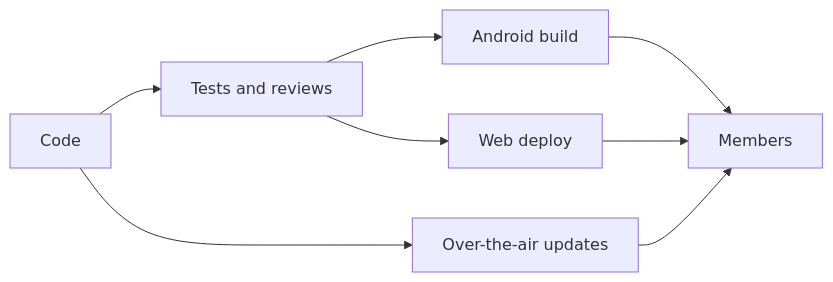
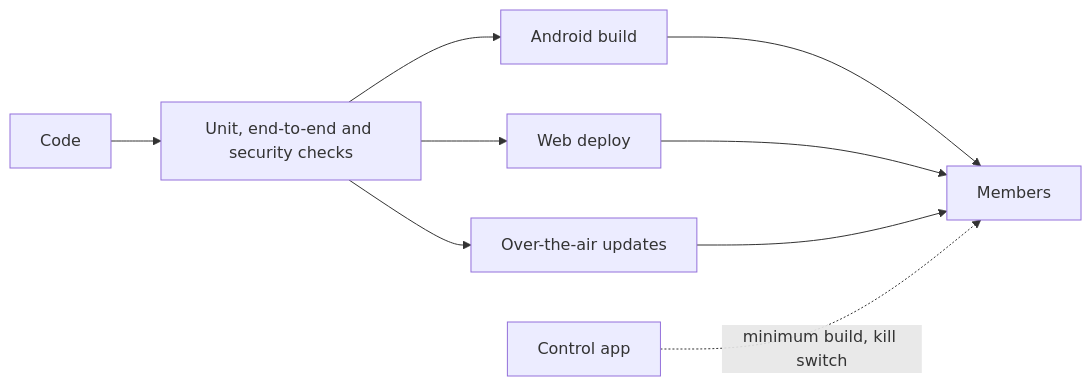
Before and after one commit to NXBAURA/the-11th-closet-showcase: the second of 2 diagrams in docs/ARCHITECTURE.md, drawn with Mermaid. The commit also changed other lines of this file and 30 other files, not shown here.

Commit message:
The Second Edition showcase: new README, architecture update, First Edition archived

````diff
--- a/docs/ARCHITECTURE.md
+++ b/docs/ARCHITECTURE.md
@@ -20,10 +28,11 @@
 ```mermaid
 flowchart LR
-  C[Code] --> T[Tests and reviews]
+  C[Code] --> T[Unit, end-to-end and security checks]
   T --> B1[Android build]
   T --> B2[Web deploy]
+  T --> O[Over-the-air updates]
   B1 --> M[Members]
   B2 --> M
-  C --> O[Over-the-air updates]
   O --> M
+  K[Control app] -. minimum build, kill switch .-> M
 ```
````
